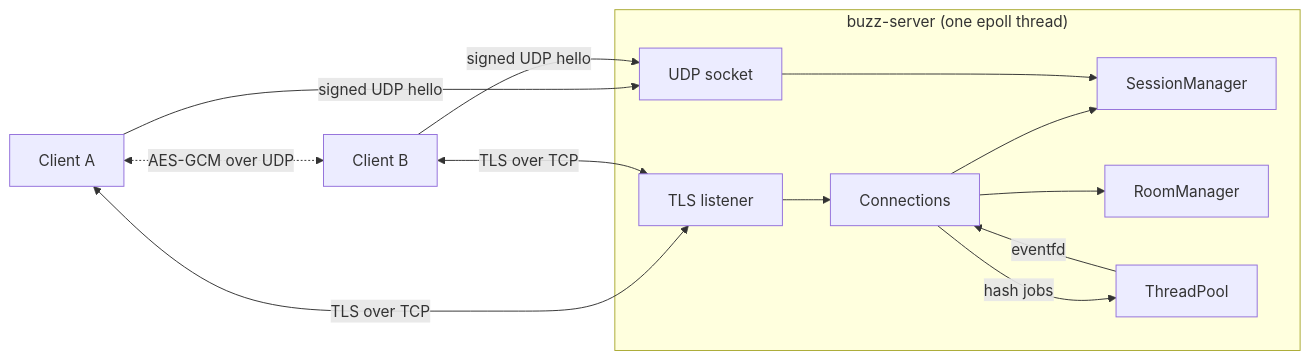
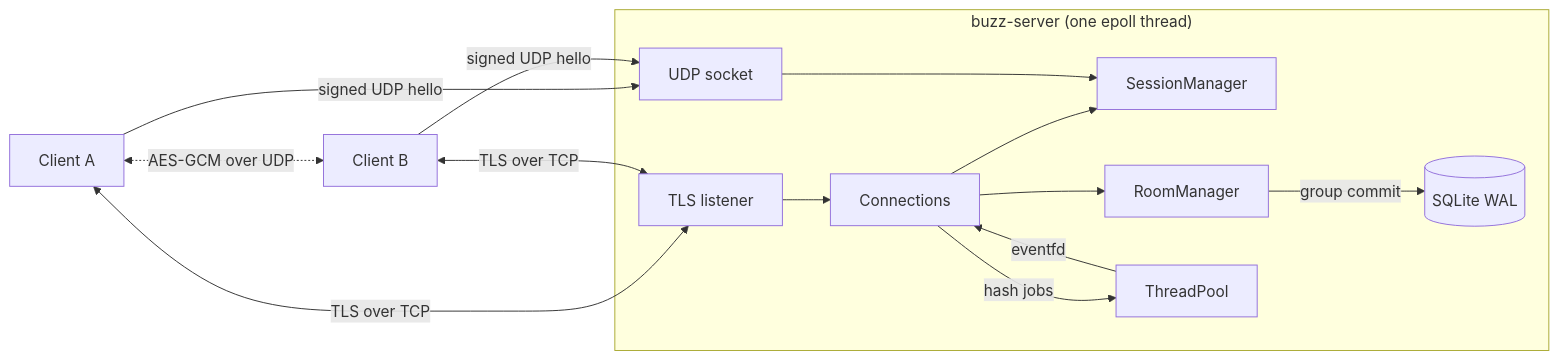
One commit to kwyj1bo/buzz changed the diagram in README.md. Above: the diagram before and after it, drawn with Mermaid. The commit also changed other lines of this file and 21 other files, not shown here.

````diff
--- a/README.md
+++ b/README.md
@@ -19,16 +20,17 @@
 ```mermaid
 flowchart LR
   subgraph Server["buzz-server (one epoll thread)"]
     L[TLS listener] --> C[Connections]
     C --> S[SessionManager]
     C --> R[RoomManager]
     C -- hash jobs --> P[ThreadPool]
     P -- eventfd --> C
     U[UDP socket] --> S
+    R -- group commit --> D[(SQLite WAL)]
   end
   A[Client A] <-- TLS over TCP --> L
   B[Client B] <-- TLS over TCP --> L
   A -- signed UDP hello --> U
   B -- signed UDP hello --> U
   A <-. AES-GCM over UDP .-> B
 ```
````
